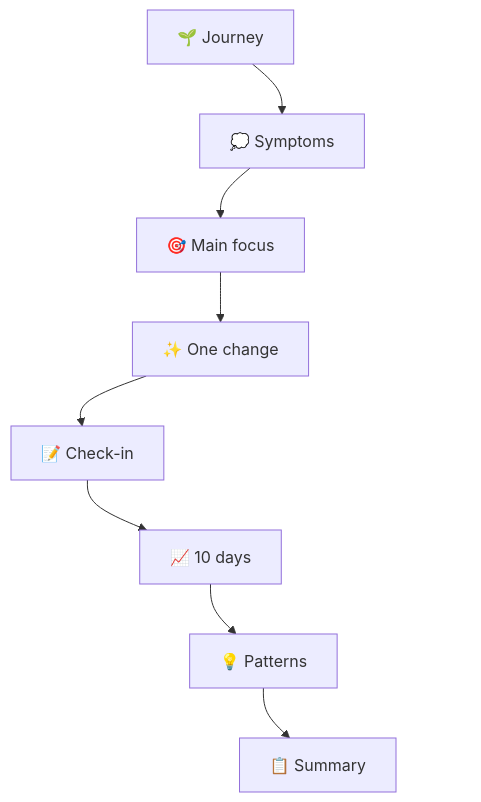
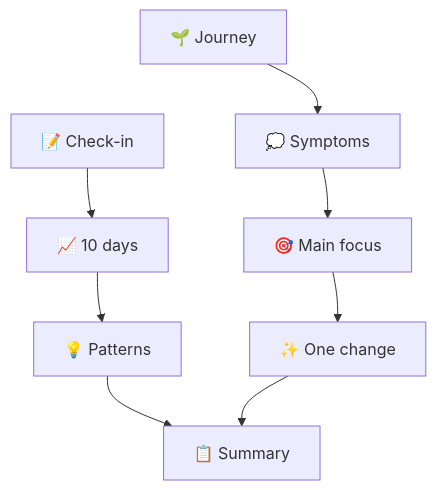
The diagram in README.md (Huth-P/vitality-flow-splash), drawn with Mermaid before and after one commit.

Commit message:
Modify flowchart connections in README
Updated flowchart to change the connection from 'One change' to 'Summary'.

````diff
--- a/README.md
+++ b/README.md
@@ -29,13 +29,14 @@
 ```mermaid
 flowchart TB
 
     A["🌱 Journey"] --> B["💭 Symptoms"] --> C["🎯 Main focus"] --> D["✨ One change"]
+
     E["📝 Check-in"] --> F["📈 10 days"] --> G["💡 Patterns"] --> H["📋 Summary"]
 
-    D --> E
+    D --> H
 
     A ~~~ E
     B ~~~ F
     C ~~~ G
     D ~~~ H
 ```
````
